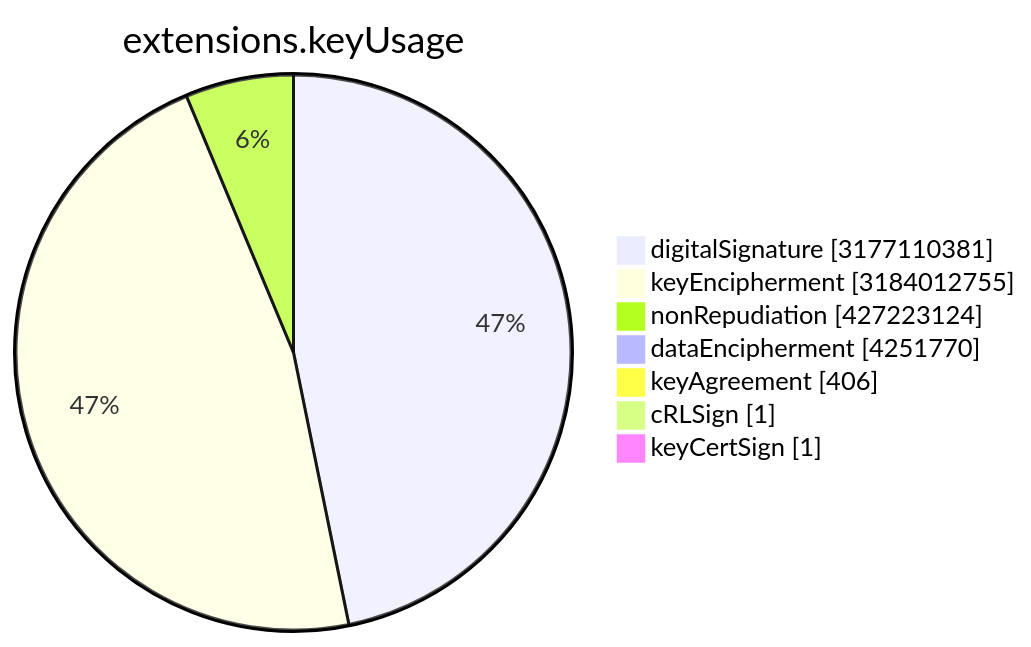
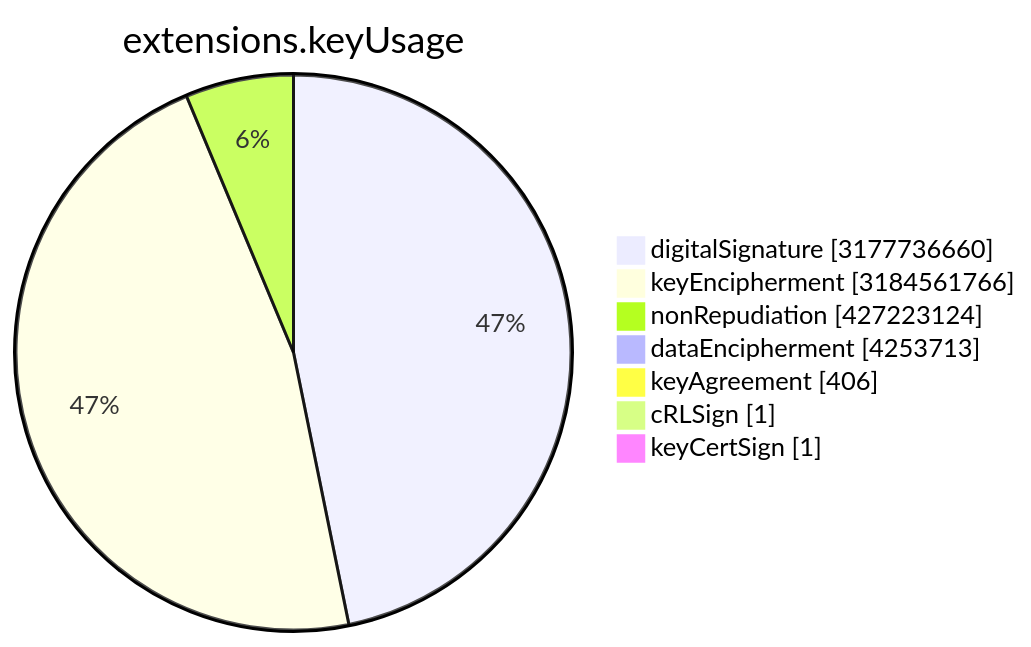
One commit to christiankrug/ctmonitor_visualization changed the sixth of 15 diagrams in TOTAL/README.md. Above: the diagram before and after it, drawn with Mermaid. The commit also changed other lines of this file, not shown here.

````diff
--- a/TOTAL/README.md
+++ b/TOTAL/README.md
@@ -3077,11 +3077,11 @@
 ```mermaid
 pie showData
 title extensions.keyUsage
-"digitalSignature" :3177110381
-"keyEncipherment" :3184012755
+"digitalSignature" :3177736660
+"keyEncipherment" :3184561766
 "nonRepudiation" :427223124
-"dataEncipherment" :4251770
+"dataEncipherment" :4253713
 "keyAgreement" :406
 "cRLSign" :1
 "keyCertSign" :1
 ```
````
